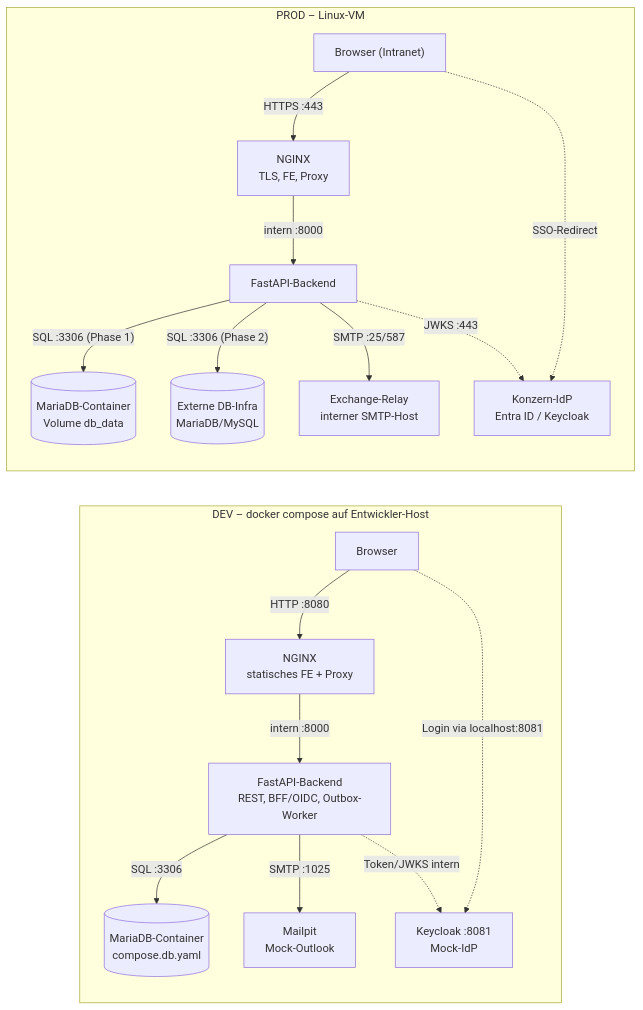
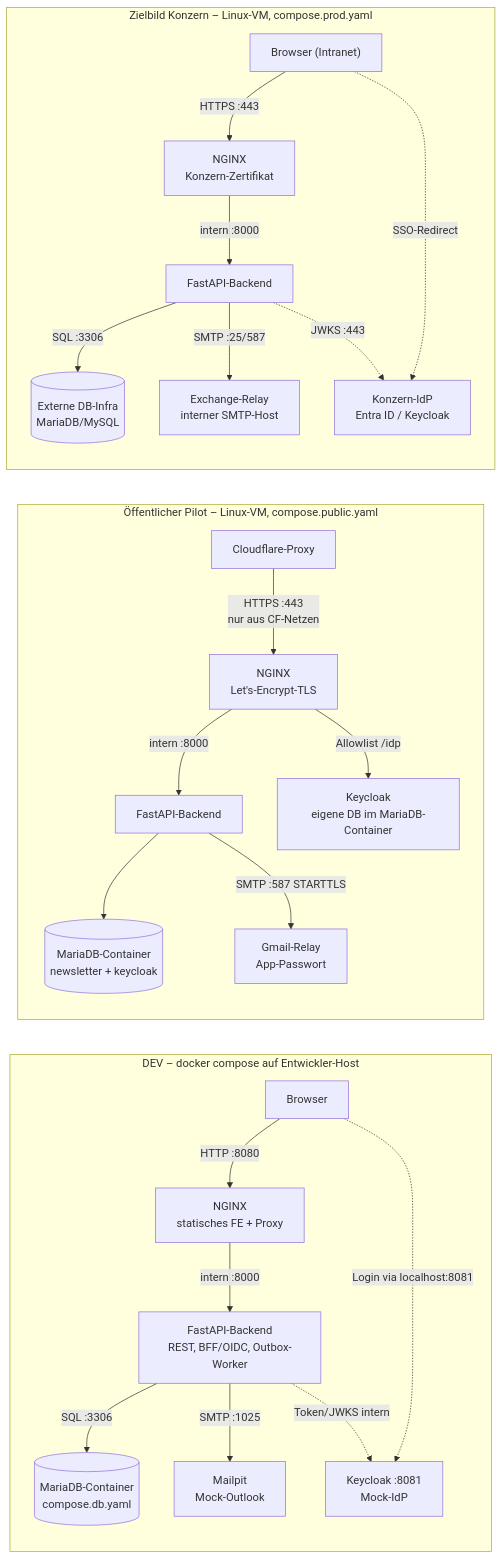
Before and after one commit to NeoAsylum/kundeninfo_newsletter: the diagram in docs/ARCHITECTURE.md, drawn with Mermaid. The commit also changed other lines of this file and 48 other files, not shown here.

````diff
--- a/docs/ARCHITECTURE.md
+++ b/docs/ARCHITECTURE.md
@@ -9,21 +9,28 @@
 ```mermaid
 flowchart LR
   subgraph DEV["DEV – docker compose auf Entwickler-Host"]
     B1["Browser"] -->|"HTTP :8080"| N1["NGINX<br/>statisches FE + Proxy"]
     N1 -->|"intern :8000"| A1["FastAPI-Backend<br/>REST, BFF/OIDC, Outbox-Worker"]
     A1 -->|"SQL :3306"| DB1[("MariaDB-Container<br/>compose.db.yaml")]
     A1 -->|"SMTP :1025"| MP["Mailpit<br/>Mock-Outlook"]
     B1 -.->|"Login via localhost:8081"| KC["Keycloak :8081<br/>Mock-IdP"]
     A1 -.->|"Token/JWKS intern"| KC
   end
 
-  subgraph PROD["PROD – Linux-VM"]
-    B2["Browser (Intranet)"] -->|"HTTPS :443"| N2["NGINX<br/>TLS, FE, Proxy"]
+  subgraph PILOT["Öffentlicher Pilot – Linux-VM, compose.public.yaml"]
+    CF["Cloudflare-Proxy"] -->|"HTTPS :443<br/>nur aus CF-Netzen"| N3["NGINX<br/>Let's-Encrypt-TLS"]
+    N3 -->|"intern :8000"| A3["FastAPI-Backend"]
+    N3 -->|"Allowlist /idp"| KC3["Keycloak<br/>eigene DB im MariaDB-Container"]
+    A3 --> DB3[("MariaDB-Container<br/>newsletter + keycloak")]
+    A3 -->|"SMTP :587 STARTTLS"| GM["Gmail-Relay<br/>App-Passwort"]
+  end
+
+  subgraph PROD["Zielbild Konzern – Linux-VM, compose.prod.yaml"]
+    B2["Browser (Intranet)"] -->|"HTTPS :443"| N2["NGINX<br/>Konzern-Zertifikat"]
     N2 -->|"intern :8000"| A2["FastAPI-Backend"]
-    A2 -->|"SQL :3306 (Phase 1)"| LDB[("MariaDB-Container<br/>Volume db_data")]
-    A2 -->|"SQL :3306 (Phase 2)"| XDB[("Externe DB-Infra<br/>MariaDB/MySQL")]
+    A2 -->|"SQL :3306"| XDB[("Externe DB-Infra<br/>MariaDB/MySQL")]
     B2 -.->|"SSO-Redirect"| IDP["Konzern-IdP<br/>Entra ID / Keycloak"]
     A2 -->|"SMTP :25/587"| XR["Exchange-Relay<br/>interner SMTP-Host"]
     A2 -.->|"JWKS :443"| IDP
   end
 ```
````
